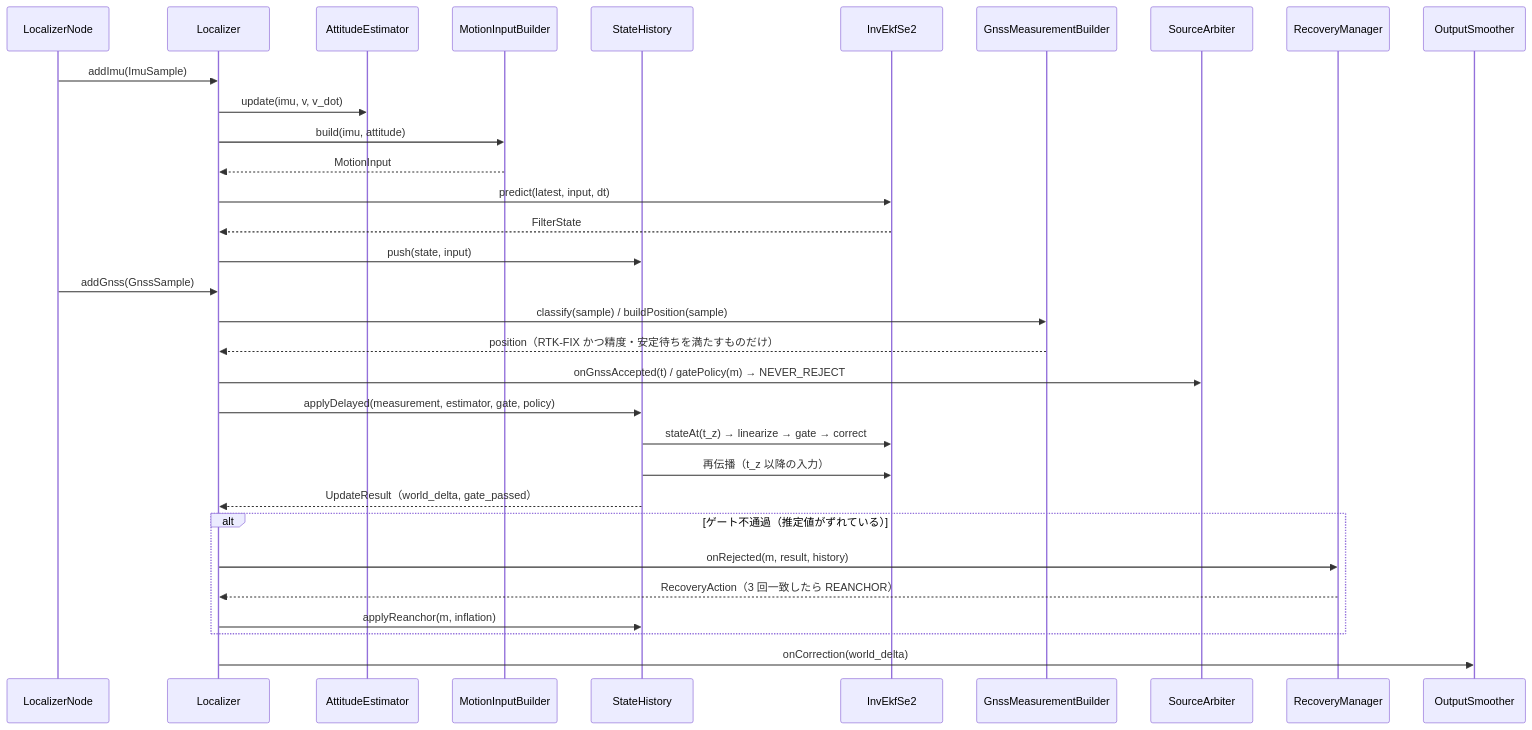
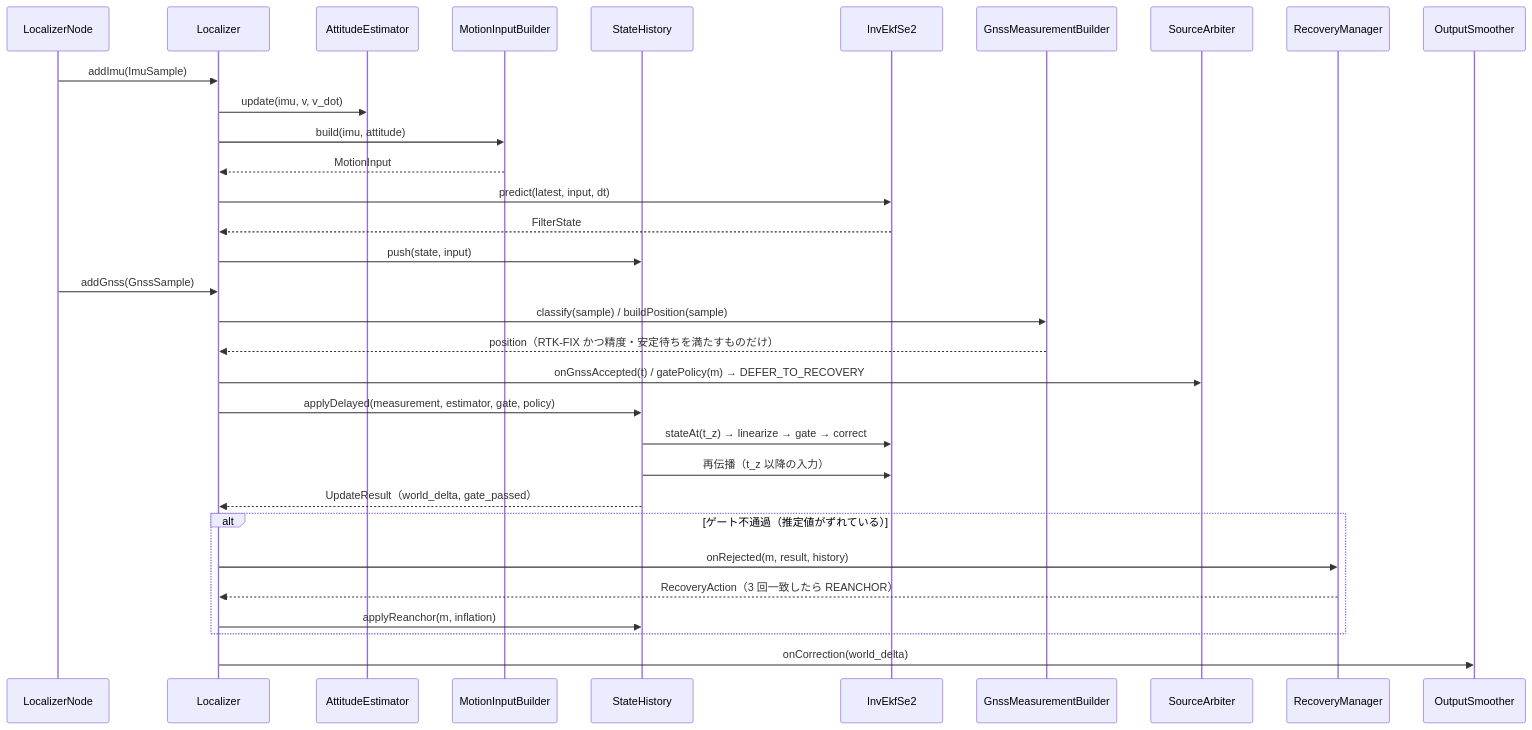
Before and after one commit to mamoru1126/gnss_and_lidar_localization: diagram 12 of 14 in docs/architecture.md, drawn with Mermaid. The commit also changed other lines of this file and 65 other files, not shown here.

````diff
--- a/docs/architecture.md
+++ b/docs/architecture.md
@@ -851,36 +851,36 @@
 ```mermaid
 sequenceDiagram
   participant N as LocalizerNode
   participant L as Localizer
   participant A as AttitudeEstimator
   participant M as MotionInputBuilder
   participant H as StateHistory
   participant E as InvEkfSe2
   participant G as GnssMeasurementBuilder
   participant AR as SourceArbiter
   participant RC as RecoveryManager
   participant S as OutputSmoother
 
   N->>L: addImu(ImuSample)
   L->>A: update(imu, v, v_dot)
   L->>M: build(imu, attitude)
   M-->>L: MotionInput
   L->>E: predict(latest, input, dt)
   E-->>L: FilterState
   L->>H: push(state, input)
 
   N->>L: addGnss(GnssSample)
   L->>G: classify(sample) / buildPosition(sample)
   G-->>L: position（RTK-FIX かつ精度・安定待ちを満たすものだけ）
-  L->>AR: onGnssAccepted(t) / gatePolicy(m) → NEVER_REJECT
+  L->>AR: onGnssAccepted(t) / gatePolicy(m) → DEFER_TO_RECOVERY
   L->>H: applyDelayed(measurement, estimator, gate, policy)
   H->>E: stateAt(t_z) → linearize → gate → correct
   H->>E: 再伝播（t_z 以降の入力）
   H-->>L: UpdateResult（world_delta, gate_passed）
   alt ゲート不通過（推定値がずれている）
     L->>RC: onRejected(m, result, history)
     RC-->>L: RecoveryAction（3 回一致したら REANCHOR）
     L->>H: applyReanchor(m, inflation)
   end
   L->>S: onCorrection(world_delta)
 ```
````
